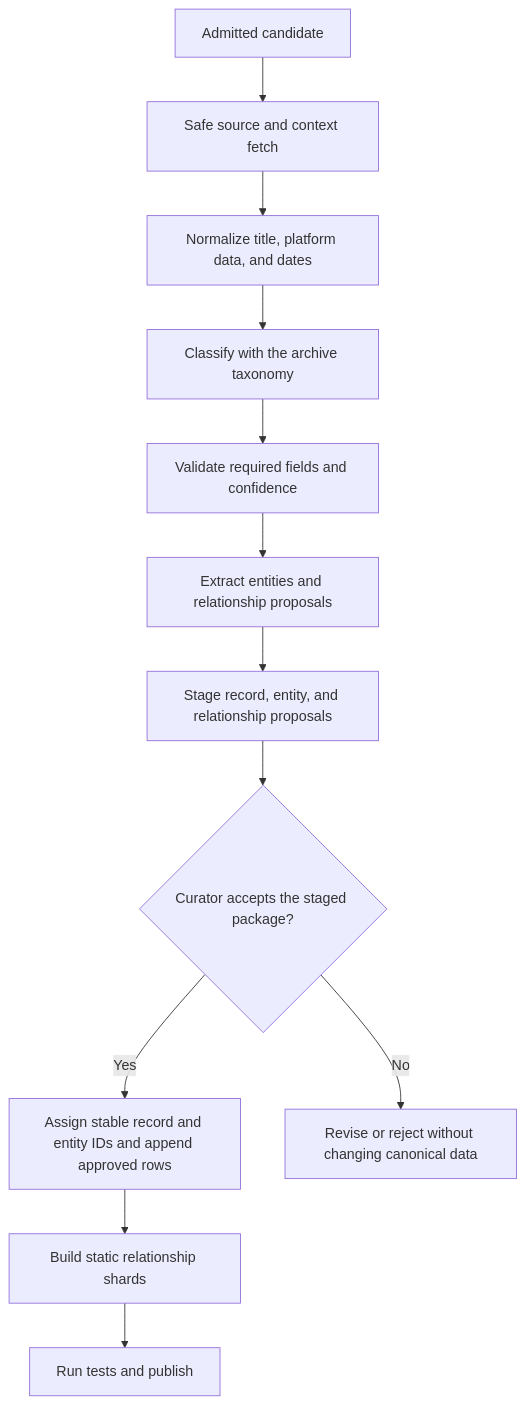
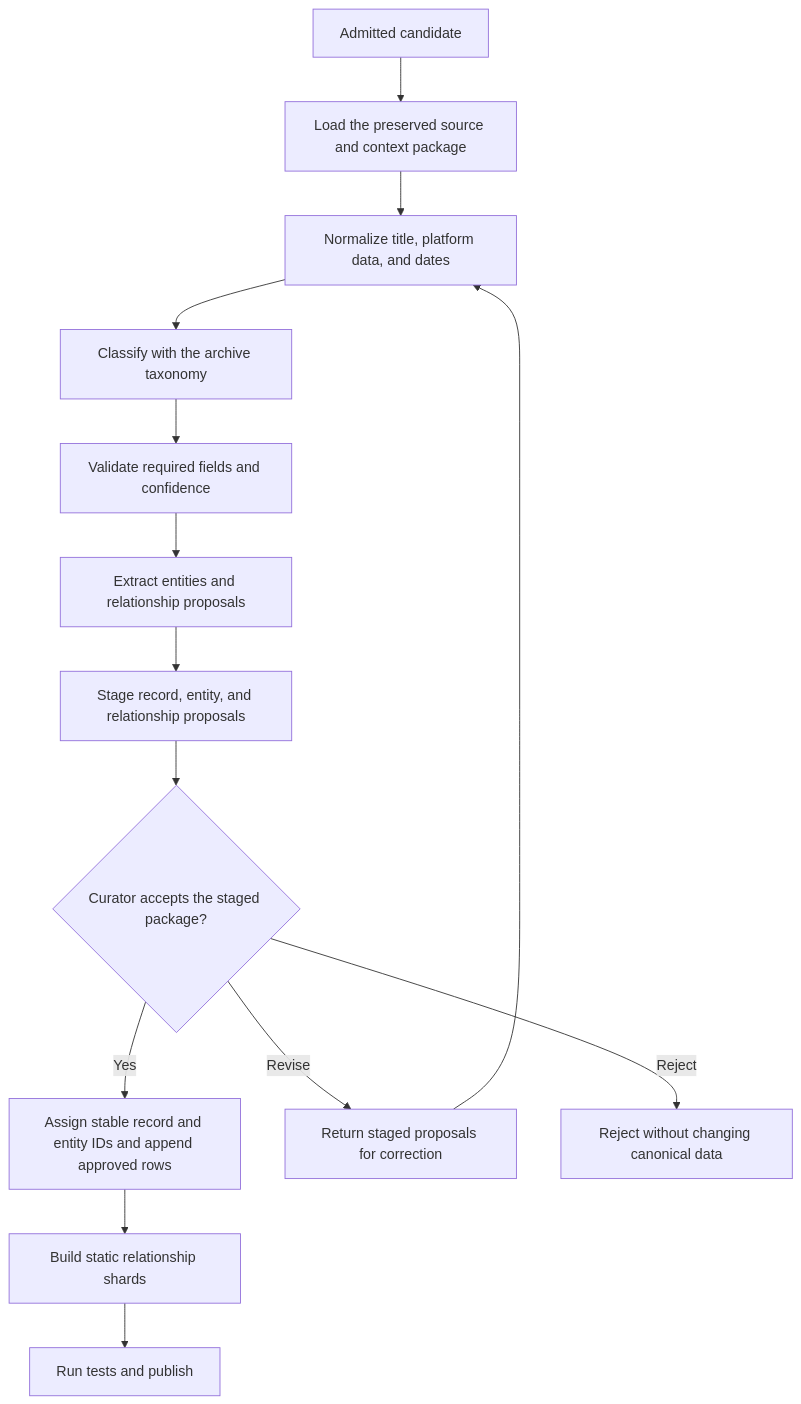
Before and after one commit to jamditis/rosen-frontend: the fourth of 4 diagrams in docs/bluesky-stewardship-pipeline.md, drawn with Mermaid. The commit also changed other lines of this file, not shown here.

````diff
--- a/docs/bluesky-stewardship-pipeline.md
+++ b/docs/bluesky-stewardship-pipeline.md
@@ -116,14 +116,16 @@
 ```mermaid
 flowchart TD
-    A[Admitted candidate] --> B[Safe source and context fetch]
+    A[Admitted candidate] --> B[Load the preserved source and context package]
     B --> C[Normalize title, platform data, and dates]
     C --> D[Classify with the archive taxonomy]
     D --> E[Validate required fields and confidence]
     E --> F[Extract entities and relationship proposals]
     F --> G[Stage record, entity, and relationship proposals]
     G --> H{Curator accepts the staged package?}
     H -->|Yes| I[Assign stable record and entity IDs and append approved rows]
-    H -->|No| J[Revise or reject without changing canonical data]
+    H -->|Revise| J[Return staged proposals for correction]
+    J --> C
+    H -->|Reject| M[Reject without changing canonical data]
     I --> K[Build static relationship shards]
     K --> L[Run tests and publish]
 ```
````
